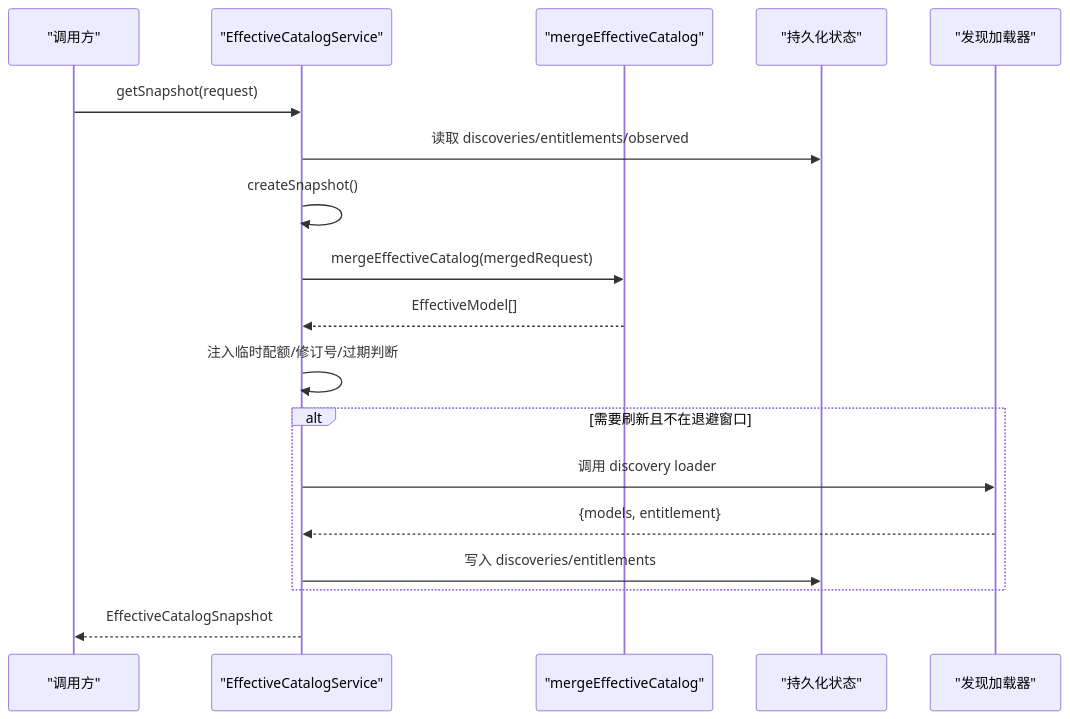
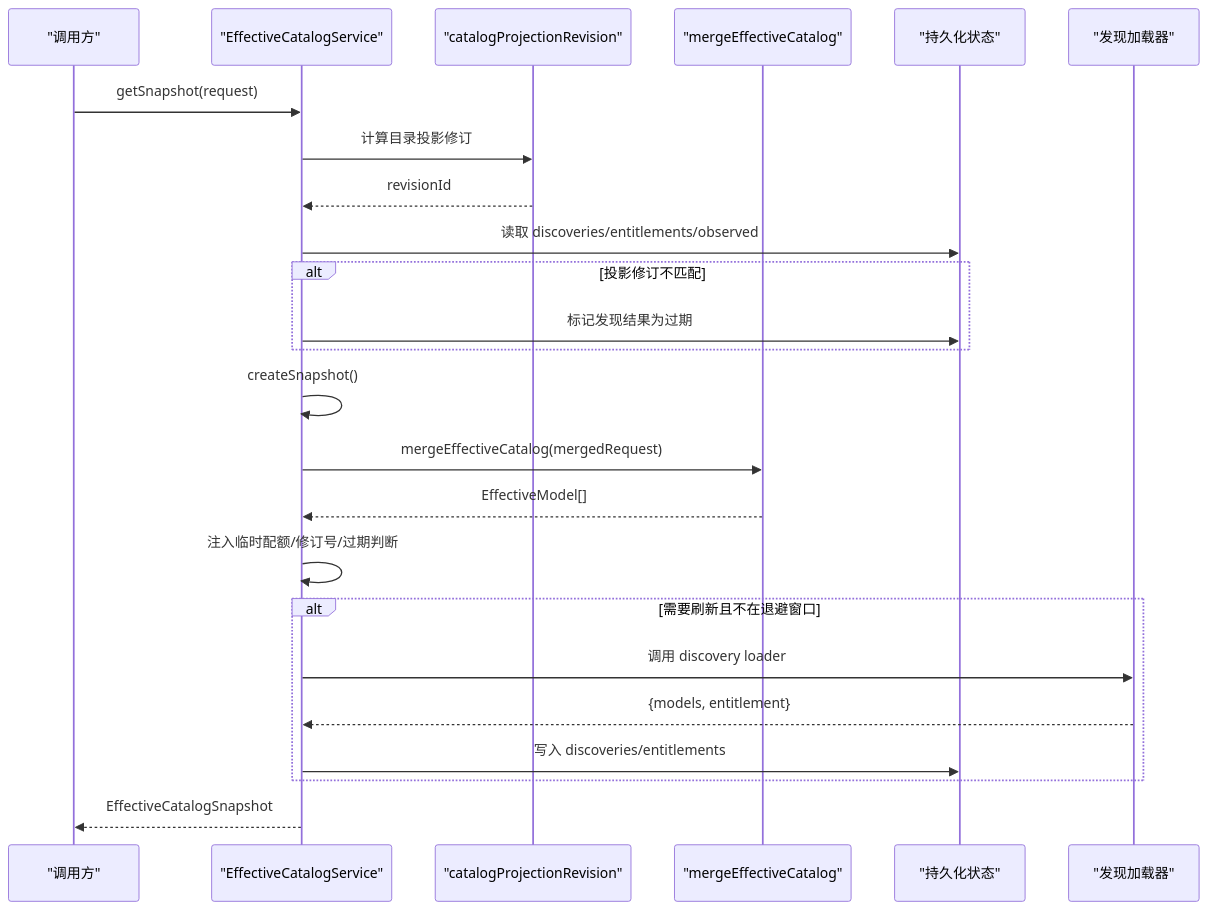
The second of 6 diagrams in .qoder/repowiki/zh/content/核心模块/Provider 系统/有效配置计算.md (haolange/RDC-Agent), drawn with Mermaid before and after one commit. The commit also changed other lines of this file and 12 other files, not shown here.

````diff
--- a/.qoder/repowiki/zh/content/核心模块/Provider 系统/有效配置计算.md
+++ b/.qoder/repowiki/zh/content/核心模块/Provider 系统/有效配置计算.md
@@ -69,20 +71,26 @@
 ```mermaid
 sequenceDiagram
 participant Client as "调用方"
 participant Service as "EffectiveCatalogService"
+participant Projection as "catalogProjectionRevision"
 participant Merge as "mergeEffectiveCatalog"
 participant Store as "持久化状态"
 participant Loader as "发现加载器"
 Client->>Service : getSnapshot(request)
+Service->>Projection : 计算目录投影修订
+Projection-->>Service : revisionId
 Service->>Store : 读取 discoveries/entitlements/observed
+alt 投影修订不匹配
+Service->>Store : 标记发现结果为过期
+end
 Service->>Service : createSnapshot()
 Service->>Merge : mergeEffectiveCatalog(mergedRequest)
 Merge-->>Service : EffectiveModel[]
 Service->>Service : 注入临时配额/修订号/过期判断
 alt 需要刷新且不在退避窗口
 Service->>Loader : 调用 discovery loader
 Loader-->>Service : {models, entitlement}
 Service->>Store : 写入 discoveries/entitlements
 end
 Service-->>Client : EffectiveCatalogSnapshot
 ```
````
